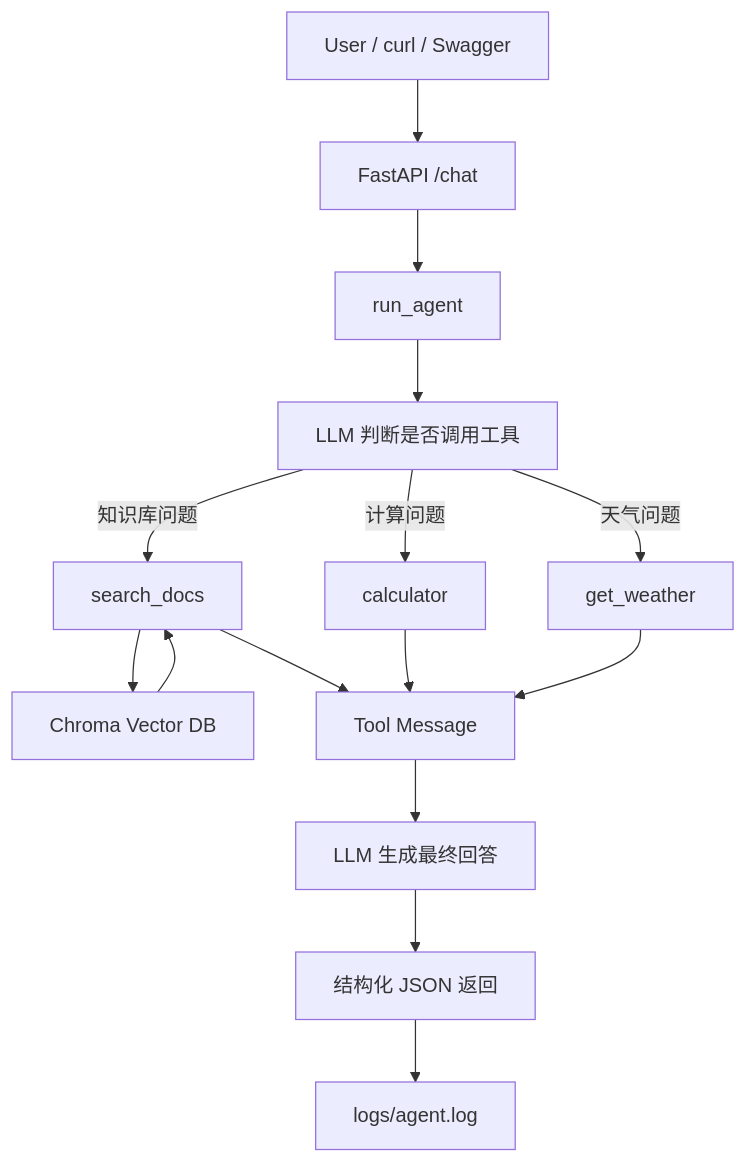
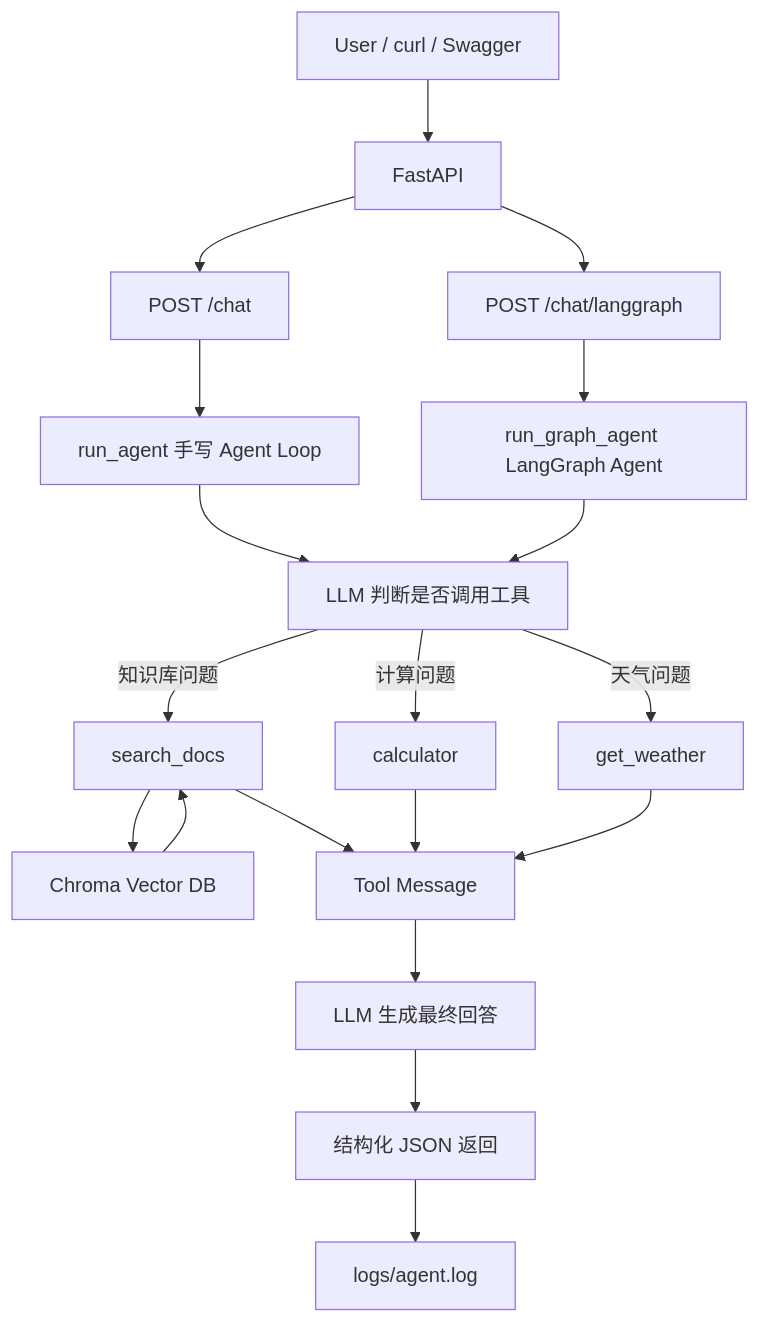
Before and after one commit to downdowns/agentdemo: the diagram in README.md, drawn with Mermaid. The commit also changed other lines of this file and 6 other files, not shown here.

Commit message:
Add LangGraph FastAPI endpoint and docs

````diff
--- a/README.md
+++ b/README.md
@@ -63,17 +71,21 @@
 ```mermaid
 graph TD
-    A[User / curl / Swagger] --> B[FastAPI /chat]
-    B --> C[run_agent]
+    A[User / curl / Swagger] --> B[FastAPI]
+    B --> B1[POST /chat]
+    B --> B2[POST /chat/langgraph]
+    B1 --> C[run_agent 手写 Agent Loop]
+    B2 --> C2[run_graph_agent LangGraph Agent]
     C --> D[LLM 判断是否调用工具]
+    C2 --> D
     D -->|知识库问题| E[search_docs]
     D -->|计算问题| F[calculator]
     D -->|天气问题| G[get_weather]
     E --> H[Chroma Vector DB]
     H --> E
     E --> I[Tool Message]
     F --> I
     G --> I
     I --> J[LLM 生成最终回答]
     J --> K[结构化 JSON 返回]
     K --> L[logs/agent.log]
 ```
````
